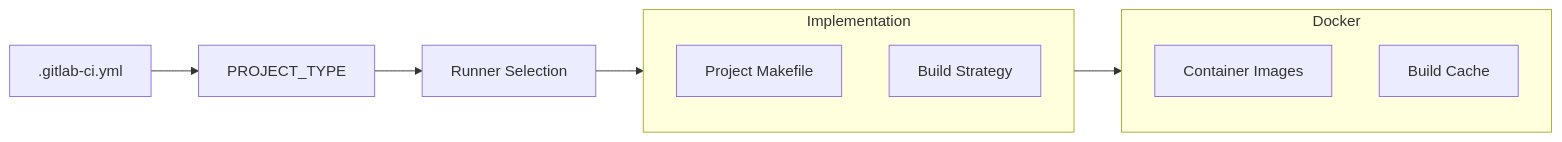
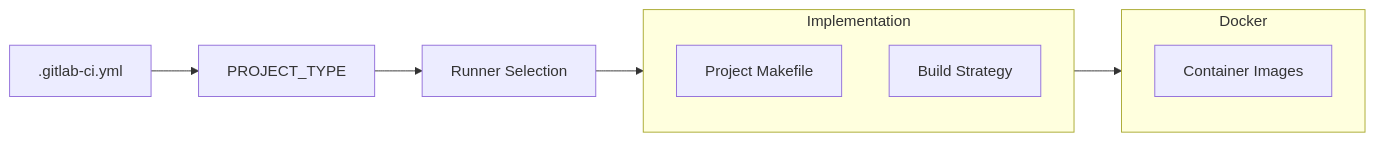
Before and after one commit to jlheater/test-project-123456: the seventh of 7 diagrams in memory-bank/systemPatterns.md, drawn with Mermaid. The commit also changed other lines of this file and 9 other files, not shown here.

````diff
--- a/memory-bank/systemPatterns.md
+++ b/memory-bank/systemPatterns.md
@@ -231,19 +227,18 @@
 ```mermaid
 flowchart LR
     Project[".gitlab-ci.yml"] --> Type["PROJECT_TYPE"]
     Type --> Runner["Runner Selection"]
     
     subgraph Implementation
         Make["Project Makefile"]
         Build["Build Strategy"]
     end
     
     Runner --> Implementation
     
     subgraph Docker
         Images["Container Images"]
-        Cache["Build Cache"]
     end
     
     Implementation --> Docker
 ```
````
